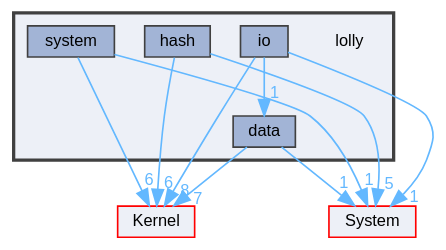
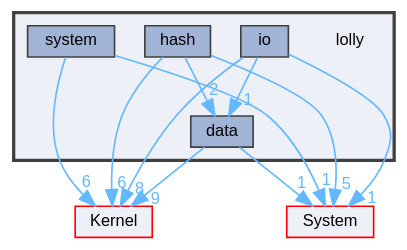
One commit to XmacsLabs/lolly changed the diagram in dir_4e4e38b7a3cbd015b31043c806009c51_dep.dot. Above: the diagram before and after it, drawn with Graphviz. The commit also changed 793 other files, not shown here.

```diff
--- a/dir_4e4e38b7a3cbd015b31043c806009c51_dep.dot
+++ b/dir_4e4e38b7a3cbd015b31043c806009c51_dep.dot
@@ -1,27 +1,28 @@
 digraph "lolly"
 {
  // LATEX_PDF_SIZE
   bgcolor="transparent";
   edge [fontname=Helvetica,fontsize=10,labelfontname=Helvetica,labelfontsize=10];
   node [fontname=Helvetica,fontsize=10,shape=box,height=0.2,width=0.4];
   compound=true
   subgraph clusterdir_4e4e38b7a3cbd015b31043c806009c51 {
     graph [ bgcolor="#edf0f7", pencolor="grey25", label="", fontname=Helvetica,fontsize=10 style="filled,bold", URL="dir_4e4e38b7a3cbd015b31043c806009c51.html",tooltip=""]
     dir_4e4e38b7a3cbd015b31043c806009c51 [shape=plaintext, label="lolly"];
   dir_7d7415eea8157022d4b7478c2ca2ea49 [label="data", fillcolor="#a2b4d6", color="grey25", style="filled", URL="dir_7d7415eea8157022d4b7478c2ca2ea49.html",tooltip=""];
   dir_777c5b6c15201a7a83c1576ee664a918 [label="hash", fillcolor="#a2b4d6", color="grey25", style="filled", URL="dir_777c5b6c15201a7a83c1576ee664a918.html",tooltip=""];
   dir_5dbbbea8d3d07cb325b7c0e63f9dedfb [label="io", fillcolor="#a2b4d6", color="grey25", style="filled", URL="dir_5dbbbea8d3d07cb325b7c0e63f9dedfb.html",tooltip=""];
   dir_8ba5d07975f70f697a351c2217e28ca6 [label="system", fillcolor="#a2b4d6", color="grey25", style="filled", URL="dir_8ba5d07975f70f697a351c2217e28ca6.html",tooltip=""];
   }
   dir_52bed8acfaac088d5968cb2c84d7645d [label="Kernel", fillcolor="#edf0f7", color="red", style="filled", URL="dir_52bed8acfaac088d5968cb2c84d7645d.html",tooltip=""];
   dir_9af51e3826d4f9e80d9103b2de543e84 [label="System", fillcolor="#edf0f7", color="red", style="filled", URL="dir_9af51e3826d4f9e80d9103b2de543e84.html",tooltip=""];
-  dir_7d7415eea8157022d4b7478c2ca2ea49->dir_52bed8acfaac088d5968cb2c84d7645d [headlabel="7", labeldistance=1.5 headhref="dir_000008_000024.html" color="steelblue1" fontcolor="steelblue1"];
+  dir_7d7415eea8157022d4b7478c2ca2ea49->dir_52bed8acfaac088d5968cb2c84d7645d [headlabel="9", labeldistance=1.5 headhref="dir_000008_000024.html" color="steelblue1" fontcolor="steelblue1"];
   dir_7d7415eea8157022d4b7478c2ca2ea49->dir_9af51e3826d4f9e80d9103b2de543e84 [headlabel="1", labeldistance=1.5 headhref="dir_000008_000038.html" color="steelblue1" fontcolor="steelblue1"];
   dir_777c5b6c15201a7a83c1576ee664a918->dir_52bed8acfaac088d5968cb2c84d7645d [headlabel="6", labeldistance=1.5 headhref="dir_000017_000024.html" color="steelblue1" fontcolor="steelblue1"];
+  dir_777c5b6c15201a7a83c1576ee664a918->dir_7d7415eea8157022d4b7478c2ca2ea49 [headlabel="2", labeldistance=1.5 headhref="dir_000017_000008.html" color="steelblue1" fontcolor="steelblue1"];
   dir_777c5b6c15201a7a83c1576ee664a918->dir_9af51e3826d4f9e80d9103b2de543e84 [headlabel="5", labeldistance=1.5 headhref="dir_000017_000038.html" color="steelblue1" fontcolor="steelblue1"];
   dir_5dbbbea8d3d07cb325b7c0e63f9dedfb->dir_52bed8acfaac088d5968cb2c84d7645d [headlabel="8", labeldistance=1.5 headhref="dir_000019_000024.html" color="steelblue1" fontcolor="steelblue1"];
   dir_5dbbbea8d3d07cb325b7c0e63f9dedfb->dir_7d7415eea8157022d4b7478c2ca2ea49 [headlabel="1", labeldistance=1.5 headhref="dir_000019_000008.html" color="steelblue1" fontcolor="steelblue1"];
   dir_5dbbbea8d3d07cb325b7c0e63f9dedfb->dir_9af51e3826d4f9e80d9103b2de543e84 [headlabel="1", labeldistance=1.5 headhref="dir_000019_000038.html" color="steelblue1" fontcolor="steelblue1"];
   dir_8ba5d07975f70f697a351c2217e28ca6->dir_52bed8acfaac088d5968cb2c84d7645d [headlabel="6", labeldistance=1.5 headhref="dir_000037_000024.html" color="steelblue1" fontcolor="steelblue1"];
   dir_8ba5d07975f70f697a351c2217e28ca6->dir_9af51e3826d4f9e80d9103b2de543e84 [headlabel="1", labeldistance=1.5 headhref="dir_000037_000038.html" color="steelblue1" fontcolor="steelblue1"];
 }
```
